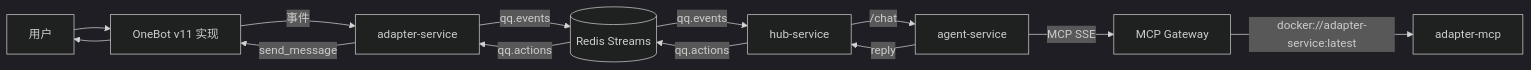
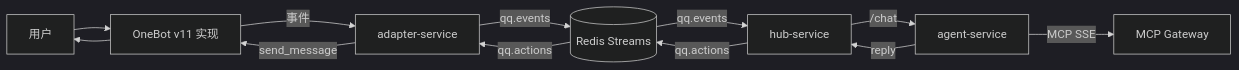
The diagram in README.md (tamakara/AIChan), drawn with Mermaid (dark theme) before and after one commit. The commit also changed other lines of this file and 12 other files, not shown here.

````diff
--- a/README.md
+++ b/README.md
@@ -6,15 +6,14 @@
 ```mermaid
 flowchart LR
     U[用户] --> O[OneBot v11 实现]
     O -->|事件| C[adapter-service]
     C -->|qq.events| R[(Redis Streams)]
     R -->|qq.events| H[hub-service]
     H -->|/chat| A[agent-service]
     A -->|MCP SSE| M[MCP Gateway]
-    M -->|docker://adapter-service:latest| T[adapter-mcp]
     A -->|reply| H
     H -->|qq.actions| R
     R -->|qq.actions| C
     C -->|send_message| O
     O --> U
 ```
````
